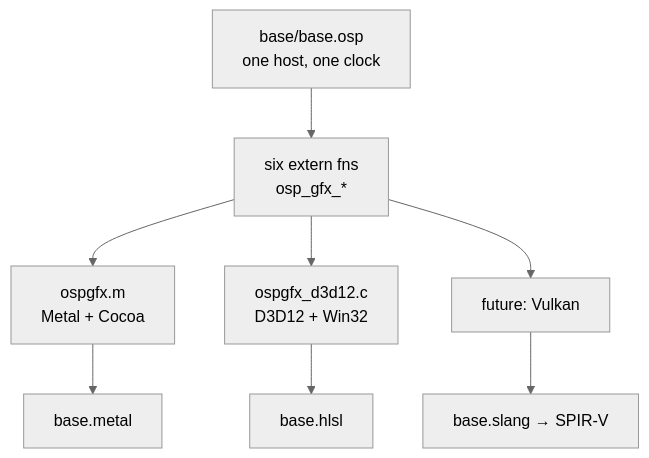
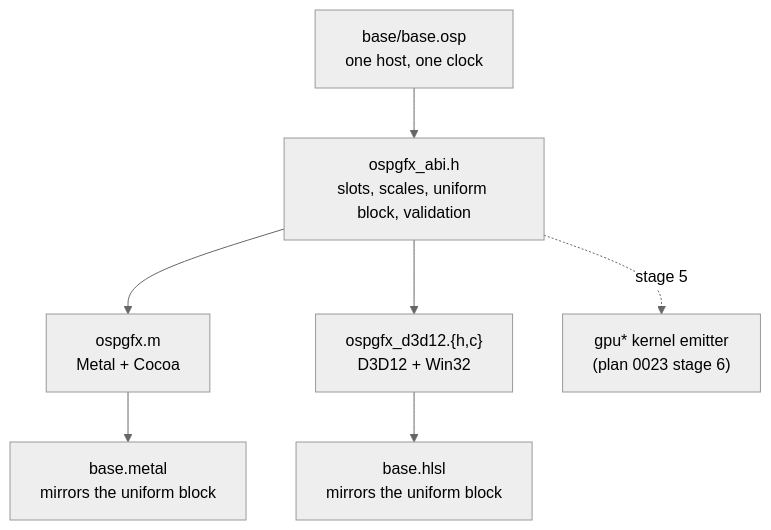
The diagram in docs/plans/0025-gpu-graphics-backends.md (MelbourneDeveloper/osprey), drawn with Mermaid (neutral theme) before and after one commit. The commit also changed other lines of this file and 35 other files, not shown here.

First line of the commit message:
Harden GPU codegen, plans and corpus; share the graphics ABI header

````diff
--- a/docs/plans/0025-gpu-graphics-backends.md
+++ b/docs/plans/0025-gpu-graphics-backends.md
@@ -31,10 +17,9 @@
 ```mermaid
 flowchart TB
-  osp["base/base.osp<br/>one host, one clock"] --> abi["six extern fns<br/>osp_gfx_*"]
+  osp["base/base.osp<br/>one host, one clock"] --> abi["ospgfx_abi.h<br/>slots, scales, uniform block, validation"]
   abi --> mac["ospgfx.m<br/>Metal + Cocoa"]
-  abi --> win["ospgfx_d3d12.c<br/>D3D12 + Win32"]
-  abi --> vk["future: Vulkan"]
-  mac --> msl["base.metal"]
-  win --> hlsl["base.hlsl"]
-  vk --> spv["base.slang → SPIR-V"]
+  abi --> win["ospgfx_d3d12.{h,c}<br/>D3D12 + Win32"]
+  mac --> msl["base.metal<br/>mirrors the uniform block"]
+  win --> hlsl["base.hlsl<br/>mirrors the uniform block"]
+  abi -. stage 5 .-> emit["gpu* kernel emitter<br/>(plan 0023 stage 6)"]
 ```
````
